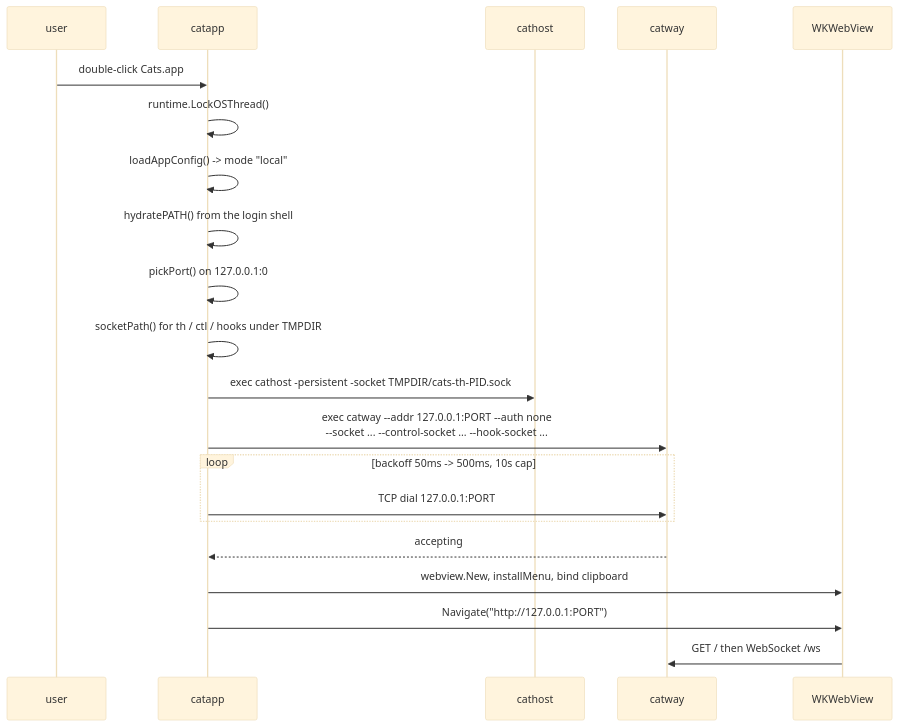
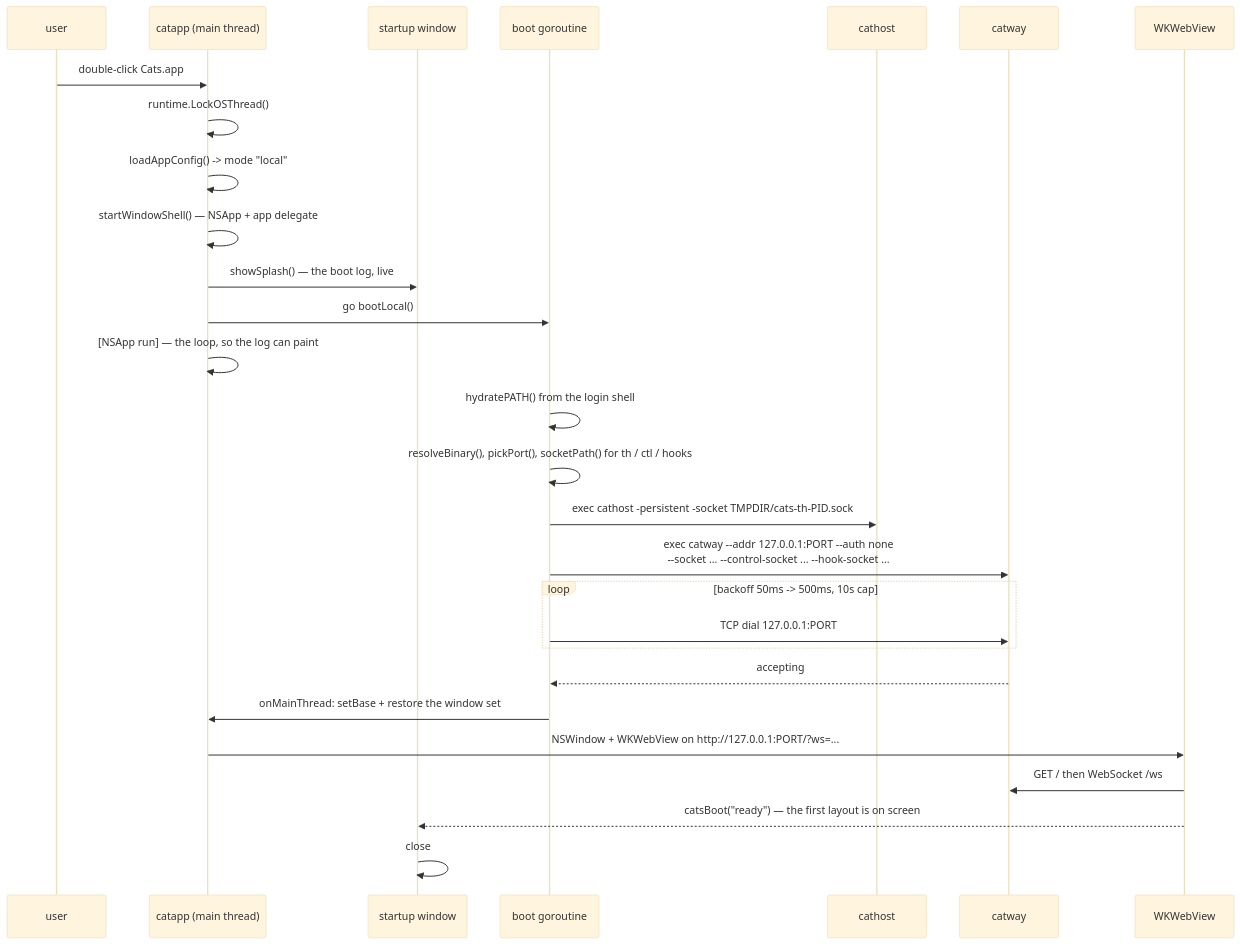
Before and after one commit to rohanthewiz/cats: the second of 3 diagrams in docs/architecture/standalone-mac.md, drawn with Mermaid (base theme). The commit also changed other lines of this file and 18 other files, not shown here.

````diff
--- a/docs/architecture/standalone-mac.md
+++ b/docs/architecture/standalone-mac.md
@@ -65,24 +65,31 @@
 ```mermaid
 sequenceDiagram
   participant U as user
-  participant APP as catapp
+  participant APP as catapp (main thread)
+  participant SP as startup window
+  participant BG as boot goroutine
   participant TH as cathost
   participant GW as catway
   participant WK as WKWebView
 
   U->>APP: double-click Cats.app
   APP->>APP: runtime.LockOSThread()
   APP->>APP: loadAppConfig() -> mode "local"
-  APP->>APP: hydratePATH() from the login shell
-  APP->>APP: pickPort() on 127.0.0.1:0
-  APP->>APP: socketPath() for th / ctl / hooks under TMPDIR
-  APP->>TH: exec cathost -persistent -socket TMPDIR/cats-th-PID.sock
-  APP->>GW: exec catway --addr 127.0.0.1:PORT --auth none<br/>--socket ... --control-socket ... --hook-socket ...
+  APP->>APP: startWindowShell() — NSApp + app delegate
+  APP->>SP: showSplash() — the boot log, live
+  APP->>BG: go bootLocal()
+  APP->>APP: [NSApp run] — the loop, so the log can paint
+  BG->>BG: hydratePATH() from the login shell
+  BG->>BG: resolveBinary(), pickPort(), socketPath() for th / ctl / hooks
+  BG->>TH: exec cathost -persistent -socket TMPDIR/cats-th-PID.sock
+  BG->>GW: exec catway --addr 127.0.0.1:PORT --auth none<br/>--socket ... --control-socket ... --hook-socket ...
   loop backoff 50ms -> 500ms, 10s cap
-    APP->>GW: TCP dial 127.0.0.1:PORT
+    BG->>GW: TCP dial 127.0.0.1:PORT
   end
-  GW-->>APP: accepting
-  APP->>WK: webview.New, installMenu, bind clipboard
-  APP->>WK: Navigate("http://127.0.0.1:PORT")
+  GW-->>BG: accepting
+  BG->>APP: onMainThread: setBase + restore the window set
+  APP->>WK: NSWindow + WKWebView on http://127.0.0.1:PORT/?ws=...
   WK->>GW: GET / then WebSocket /ws
+  WK-->>SP: catsBoot("ready") — the first layout is on screen
+  SP->>SP: close
 ```
````
